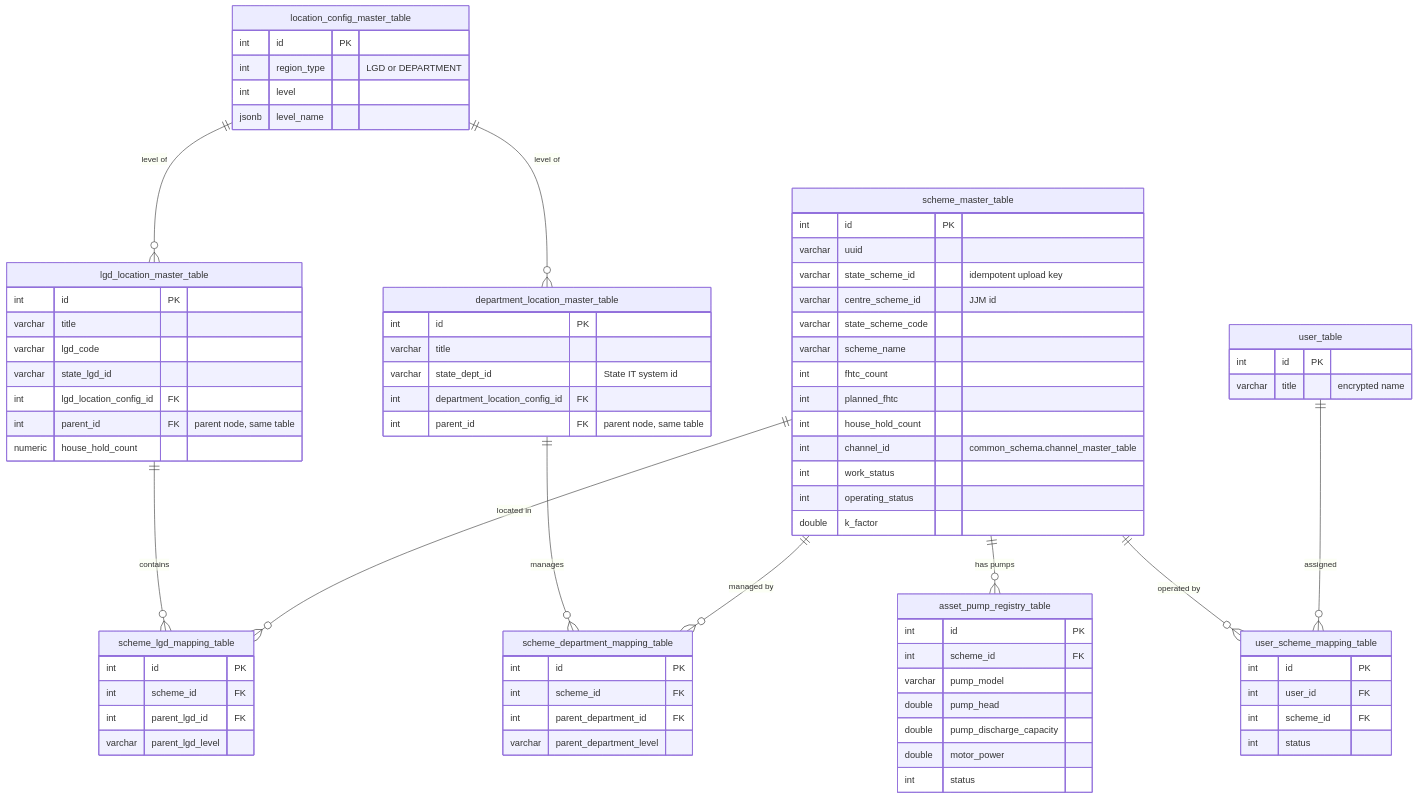
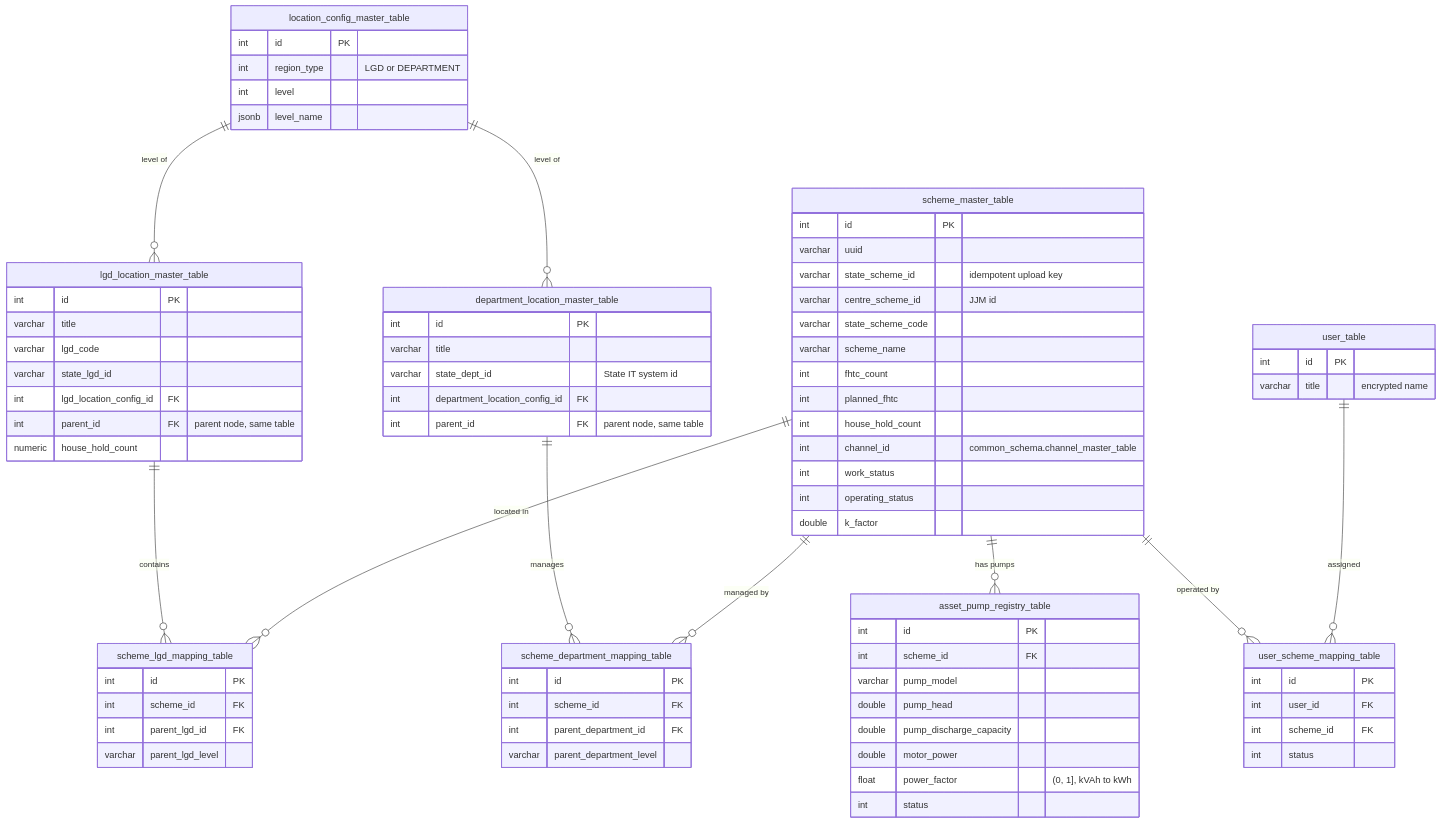
Before and after one commit to arghyam/JalSoochak: the third of 8 diagrams in gitbook/database-er-diagram.md, drawn with Mermaid. The commit also changed other lines of this file and 22 other files, not shown here.

````diff
--- a/gitbook/database-er-diagram.md
+++ b/gitbook/database-er-diagram.md
@@ -124,81 +124,82 @@
 ```mermaid
 erDiagram
     location_config_master_table {
         int id PK
         int region_type "LGD or DEPARTMENT"
         int level
         jsonb level_name
     }
     lgd_location_master_table {
         int id PK
         varchar title
         varchar lgd_code
         varchar state_lgd_id
         int lgd_location_config_id FK
         int parent_id FK "parent node, same table"
         numeric house_hold_count
     }
     department_location_master_table {
         int id PK
         varchar title
         varchar state_dept_id "State IT system id"
         int department_location_config_id FK
         int parent_id FK "parent node, same table"
     }
     scheme_master_table {
         int id PK
         varchar uuid
         varchar state_scheme_id "idempotent upload key"
         varchar centre_scheme_id "JJM id"
         varchar state_scheme_code
         varchar scheme_name
         int fhtc_count
         int planned_fhtc
         int house_hold_count
         int channel_id "common_schema.channel_master_table"
         int work_status
         int operating_status
         double k_factor
     }
     scheme_lgd_mapping_table {
         int id PK
         int scheme_id FK
         int parent_lgd_id FK
         varchar parent_lgd_level
     }
     scheme_department_mapping_table {
         int id PK
         int scheme_id FK
         int parent_department_id FK
         varchar parent_department_level
     }
     user_scheme_mapping_table {
         int id PK
         int user_id FK
         int scheme_id FK
         int status
     }
     user_table {
         int id PK
         varchar title "encrypted name"
     }
     asset_pump_registry_table {
         int id PK
         int scheme_id FK
         varchar pump_model
         double pump_head
         double pump_discharge_capacity
         double motor_power
+        float power_factor "(0, 1], kVAh to kWh"
         int status
     }
 
     location_config_master_table ||--o{ lgd_location_master_table : "level of"
     location_config_master_table ||--o{ department_location_master_table : "level of"
     lgd_location_master_table ||--o{ scheme_lgd_mapping_table : "contains"
     scheme_master_table ||--o{ scheme_lgd_mapping_table : "located in"
     department_location_master_table ||--o{ scheme_department_mapping_table : "manages"
     scheme_master_table ||--o{ scheme_department_mapping_table : "managed by"
     scheme_master_table ||--o{ asset_pump_registry_table : "has pumps"
     scheme_master_table ||--o{ user_scheme_mapping_table : "operated by"
     user_table ||--o{ user_scheme_mapping_table : "assigned"
 ```
````
